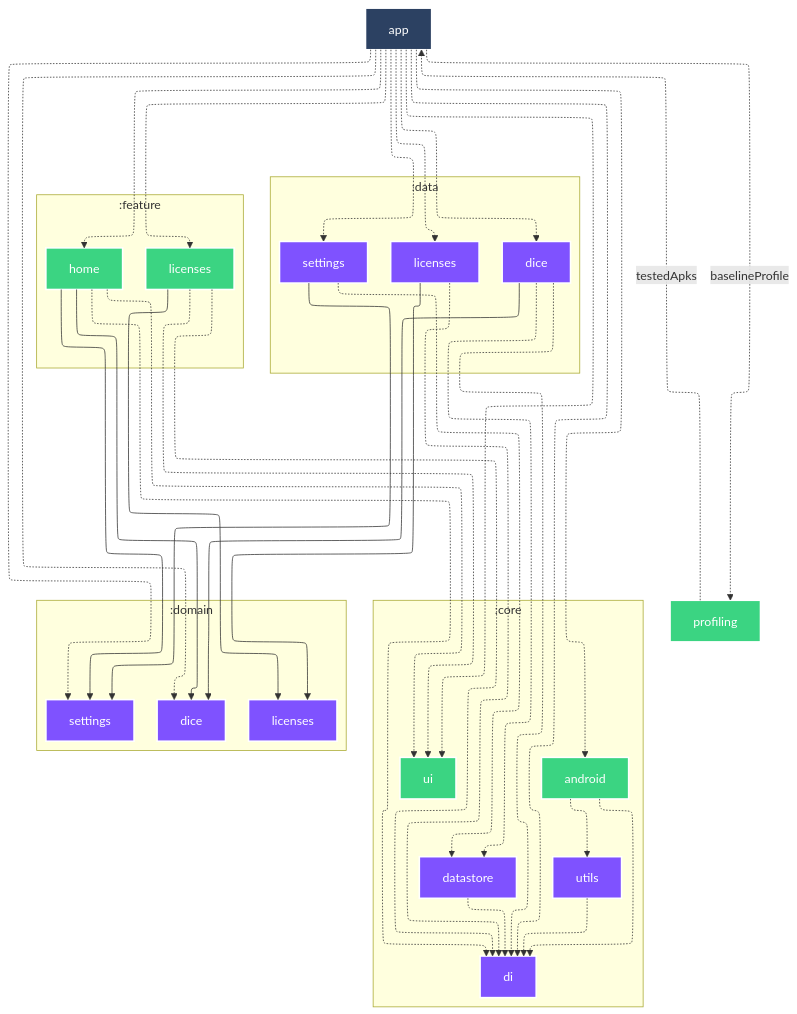
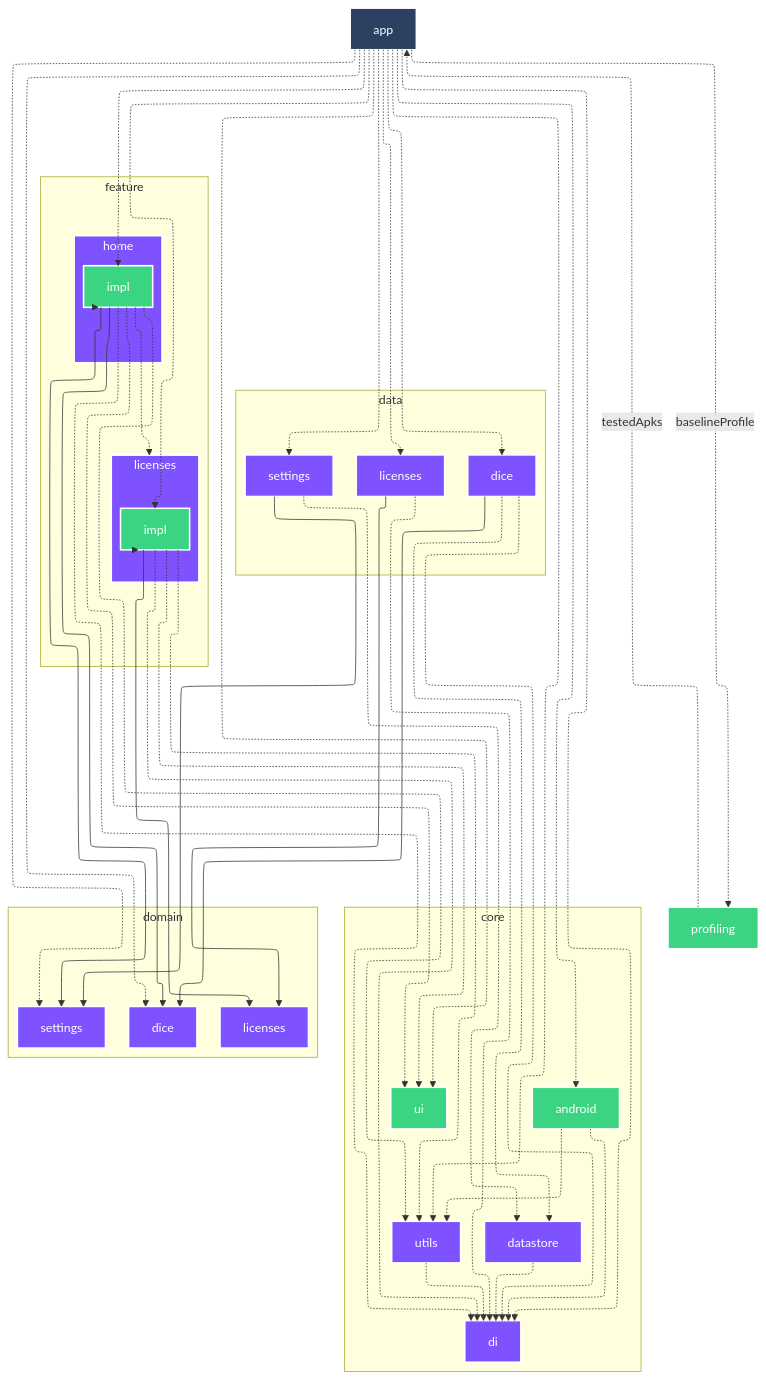
One commit to SimonMarquis/Android-Playground changed the diagram in README.md. Above: the diagram before and after it, drawn with Mermaid. The commit also changed other lines of this file and 68 other files, not shown here.

```diff
--- a/README.md
+++ b/README.md
@@ -127,7 +127,7 @@
     nodePlacementStrategy: SIMPLE
 ---
 graph TB
-  subgraph :core
+  subgraph :core [core]
     direction TB
     :core:android[android]:::android-library
     :core:datastore[datastore]:::jvm
@@ -135,22 +135,30 @@
     :core:ui[ui]:::android-library
     :core:utils[utils]:::jvm
   end
-  subgraph :domain
+  subgraph :domain [domain]
     direction TB
     :domain:dice[dice]:::jvm
     :domain:licenses[licenses]:::jvm
     :domain:settings[settings]:::jvm
   end
-  subgraph :data
+  subgraph :data [data]
     direction TB
     :data:dice[dice]:::jvm
     :data:licenses[licenses]:::jvm
     :data:settings[settings]:::jvm
   end
-  subgraph :feature
+  subgraph :feature [feature]
     direction TB
-    :feature:home[home]:::android-library
-    :feature:licenses[licenses]:::android-library
+    :feature:home[home]:::jvm
+    :feature:licenses[licenses]:::jvm
+  end
+  subgraph :feature:home [home]
+    direction TB
+    :feature:home:impl[impl]:::android-library
+  end
+  subgraph :feature:licenses [licenses]
+    direction TB
+    :feature:licenses:impl[impl]:::android-library
   end
   :profiling[profiling]:::android-test
   :app[app]:::android-application
@@ -158,13 +166,14 @@
   :app -.-> :core:android
   :app -.-> :core:di
   :app -.-> :core:ui
+  :app -.-> :core:utils
   :app -.-> :data:dice
   :app -.-> :data:licenses
   :app -.-> :data:settings
   :app -.-> :domain:dice
   :app -.-> :domain:settings
-  :app -.-> :feature:home
-  :app -.-> :feature:licenses
+  :app -.-> :feature:home:impl
+  :app -.-> :feature:licenses:impl
   :app -.->|baselineProfile| :profiling
   :core:android -.-> :core:di
   :core:android -.-> :core:utils
@@ -177,13 +186,18 @@
   :data:licenses ---> :domain:licenses
   :data:settings -.-> :core:datastore
   :data:settings ---> :domain:settings
-  :feature:home -.-> :core:di
-  :feature:home -.-> :core:ui
-  :feature:home ---> :domain:dice
-  :feature:home ---> :domain:settings
-  :feature:licenses -.-> :core:di
-  :feature:licenses -.-> :core:ui
-  :feature:licenses ---> :domain:licenses
+  :feature:home:impl -.-> :core:di
+  :feature:home:impl -.-> :core:ui
+  :feature:home:impl -.-> :core:utils
+  :feature:home:impl ---> :domain:dice
+  :feature:home:impl ---> :domain:settings
+  :feature:home:impl ---> :feature:home
+  :feature:home:impl -.-> :feature:licenses
+  :feature:licenses:impl -.-> :core:di
+  :feature:licenses:impl -.-> :core:ui
+  :feature:licenses:impl -.-> :core:utils
+  :feature:licenses:impl ---> :domain:licenses
+  :feature:licenses:impl ---> :feature:licenses
   :profiling -.->|testedApks| :app
 
 classDef android-application fill:#2C4162,stroke:#fff,stroke-width:2px,color:#fff;
```
